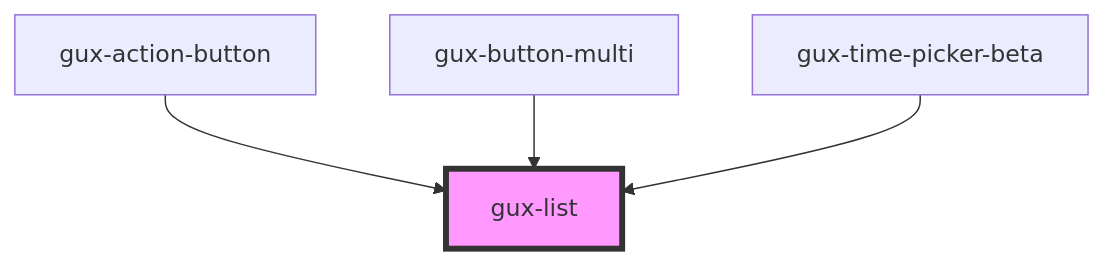
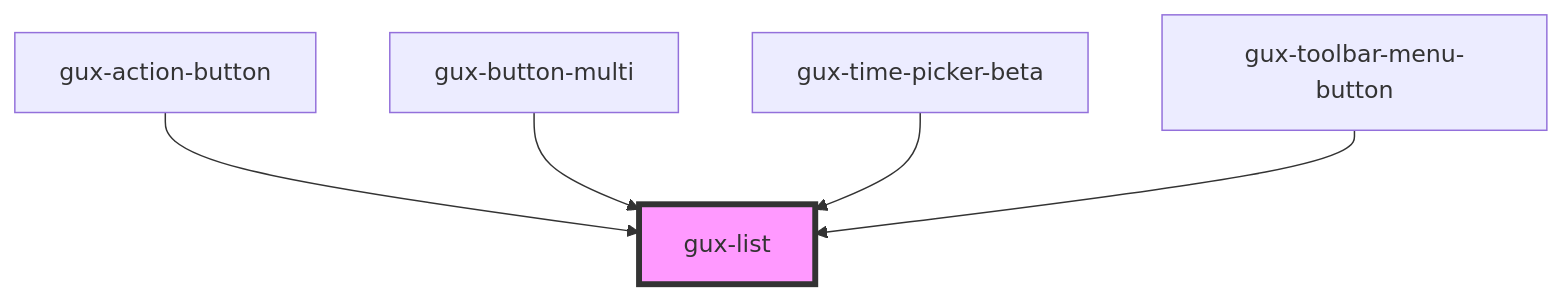
One commit to ouyuxuan/genesys-webcomponents changed the diagram in src/components/stable/gux-list/readme.md. Above: the diagram before and after it, drawn with Mermaid. The commit also changed other lines of this file and 6 other files, not shown here.

First line of the commit message:
feat(toolbar): toolbar-menu-button wip

````diff
--- a/src/components/stable/gux-list/readme.md
+++ b/src/components/stable/gux-list/readme.md
@@ -51,7 +52,8 @@
 ```mermaid
 graph TD;
   gux-action-button --> gux-list
   gux-button-multi --> gux-list
   gux-time-picker-beta --> gux-list
+  gux-toolbar-menu-button --> gux-list
   style gux-list fill:#f9f,stroke:#333,stroke-width:4px
 ```
````
